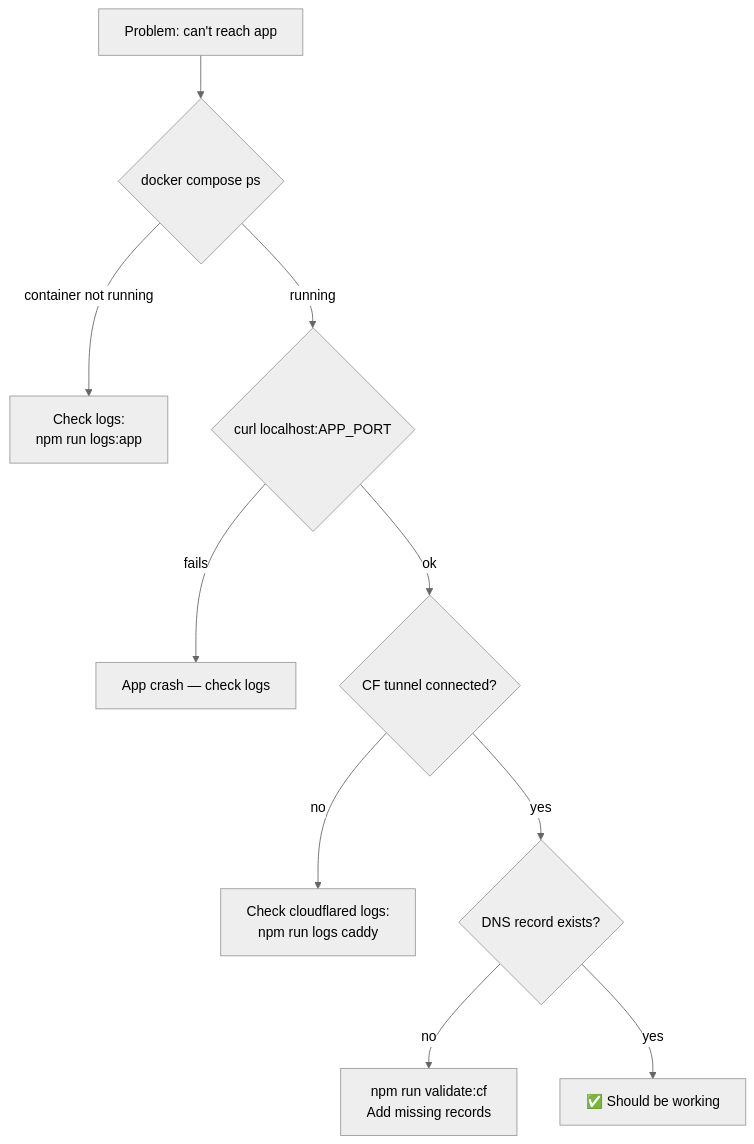
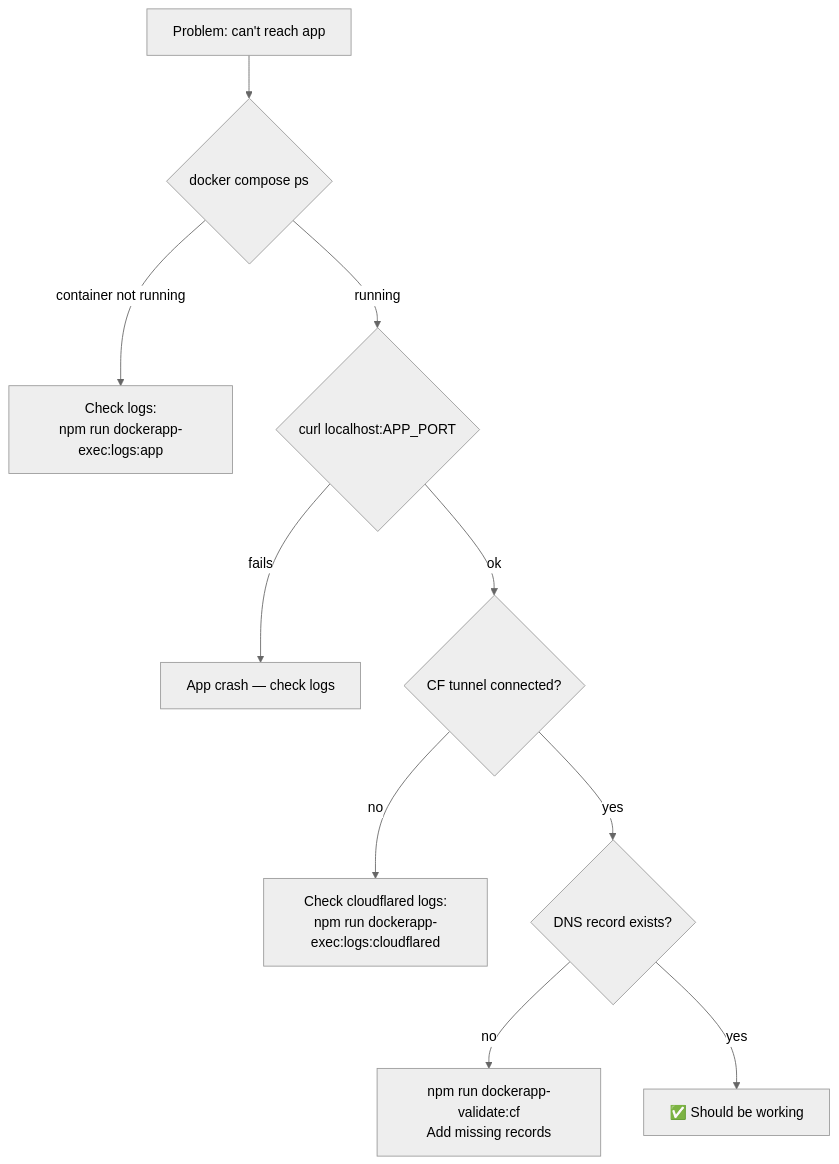
Before and after one commit to odhgateway-ai/docker-stack-template: the fifth of 5 diagrams in docs/DEPLOY.md, drawn with Mermaid (neutral theme). The commit also changed other lines of this file and 8 other files, not shown here.

````diff
--- a/docs/DEPLOY.md
+++ b/docs/DEPLOY.md
@@ -334,12 +333,12 @@
 ```mermaid
 flowchart TD
     P[Problem: can't reach app] --> C1{docker compose ps}
-    C1 -->|container not running| C2[Check logs:\nnpm run logs:app]
+    C1 -->|container not running| C2[Check logs:\nnpm run dockerapp-exec:logs:app]
     C1 -->|running| C3{curl localhost:APP_PORT}
     C3 -->|fails| C4[App crash — check logs]
     C3 -->|ok| C5{CF tunnel connected?}
-    C5 -->|no| C6[Check cloudflared logs:\nnpm run logs caddy]
+    C5 -->|no| C6[Check cloudflared logs:\nnpm run dockerapp-exec:logs:cloudflared]
     C5 -->|yes| C7{DNS record exists?}
-    C7 -->|no| C8[npm run validate:cf\nAdd missing records]
+    C7 -->|no| C8[npm run dockerapp-validate:cf\nAdd missing records]
     C7 -->|yes| FIXED[✅ Should be working]
 ```
````
